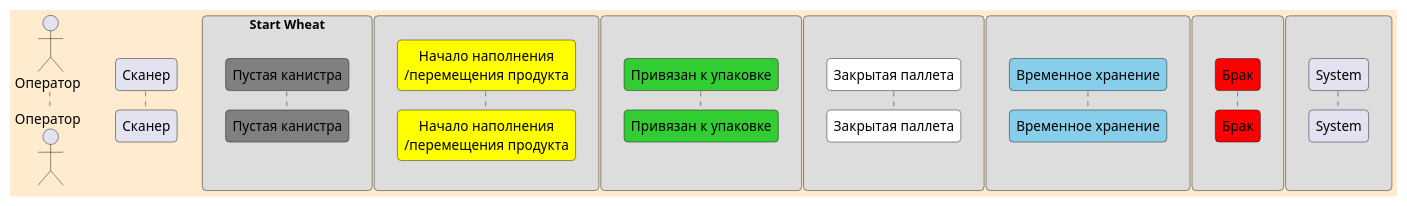
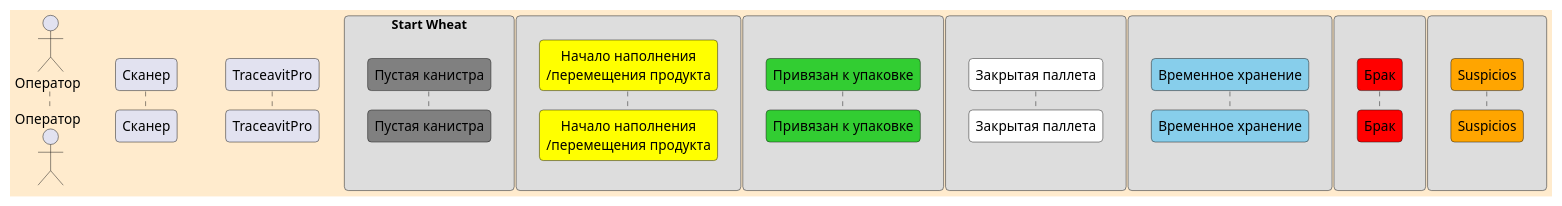
The diagram in definitions.puml (masteroleg/uml), drawn with PlantUML before and after one commit.

Commit message:
Backup on 2024-11-17

```diff
--- a/definitions.puml
+++ b/definitions.puml
@@ -1,79 +1,77 @@
 @startuml sequence definitions
 
 skinparam {
  Roundcorner 8
  Maxmessagesize 150
  responseMessageBelowArrow true
  backgroundColor BlanchedAlmond
  }
 skinparam sequence {
  ArrowThickness 3
  ParticipantPadding 20
  MessageAlign center 
  }
  
 
-autonumber 10 10
-
-actor Оператор as oper
-participant Сканер as scaner
-participant "System" as S
+actor Оператор as oper 
+participant Сканер as scaner 
+participant "TraceavitPro" as TA
 
 box Start Wheat
   participant "Пустая канистра" as Gr #Gray
 end box
 box 
   participant "Начало наполнения\n/перемещения продукта" as Y #Yellow
 end box
 box
   participant "Привязан к упаковке" as G #LimeGreen
 end box
 box 
   participant "Закрытая паллета" as W #White
 end box
 box 
   participant "Временное хранение" as B #SkyBlue
 end box
 box 
   participant "Брак" as R #Red
 end box
 box 
   participant "Suspicios" as S #Orange
 end box
 
 
 
 
 /'
 Желтый: Этап начального наполнения или перемещения продукта
 в данную производственную зону из других сегментов процесса. 
 Продукция может вернуться в случае повторного наполнения или инвентаризации.
 Зеленый: Продукт интегрирован в свою упаковочную систему
 (ящик или поддон), что свидетельствует о завершении первичной стадии упаковки.
 На этом этапе коды канистр привязаны к временному коду поддона. 
 Если план паллетизации предполагает ящики, то канистры привязаны к ящику,
 а ящики привязаны к временному коду поддона. В случае обнаружения необходимости
 доработки продукт может вернуться на стадию начального наполнения. 
 сли план паллетизации предполагает ящики, то канистры привязаны к ящику, а ящики привязаны к временному коду поддона.
 Белый: Продукт завершает вторичную стадию упаковки — поддон
 полностью сформирован и маркирован логистической этикеткой, 
 что сигнализирует об окончании производственного этапа. 
 В случае необходимости паллета может быть расформирована,
 и продукт возвращается на стадию начального наполнения для дальнейшей обработки.
 Вторичная стадия упаковки включает сборку и маркировку поддонов, 
 замену временного кода поддона на код логистической этикетки, 
 что обеспечивает готовность продукции к логистическим операциям.
 В отличие от этого, первичная стадия фокусируется на упаковке единиц продукции в ящики 
 или на поддоны для обеспечения их безопасности и стабильности перед дальнейшей обработкой.
 Красный: Продукция признана дефектной и подлежит изоляции
 для последующего анализа или утилизации в соответствии с установленными процедурами
 контроля качества. Данная зона является окончательной для дефектной продукции, и 
 никакие дальнейшие перемещения из неё невозможны.
 Голубой: Продукция временно размещена в зоне хранения для стабилизации 
 или оценки качества перед дальнейшими действиями. В текущих реалиях эта зона 
 используется для отстаивания канистр, например, в случае возможного запивания ножей 
 или других проблем, требующих дополнительной проверки. После проверки продукция либо отправляется на упаковку (Зеленый),
 либо признается дефектной и переходит в зону изоляции (Красный).
 
 '/
 @enduml
```
